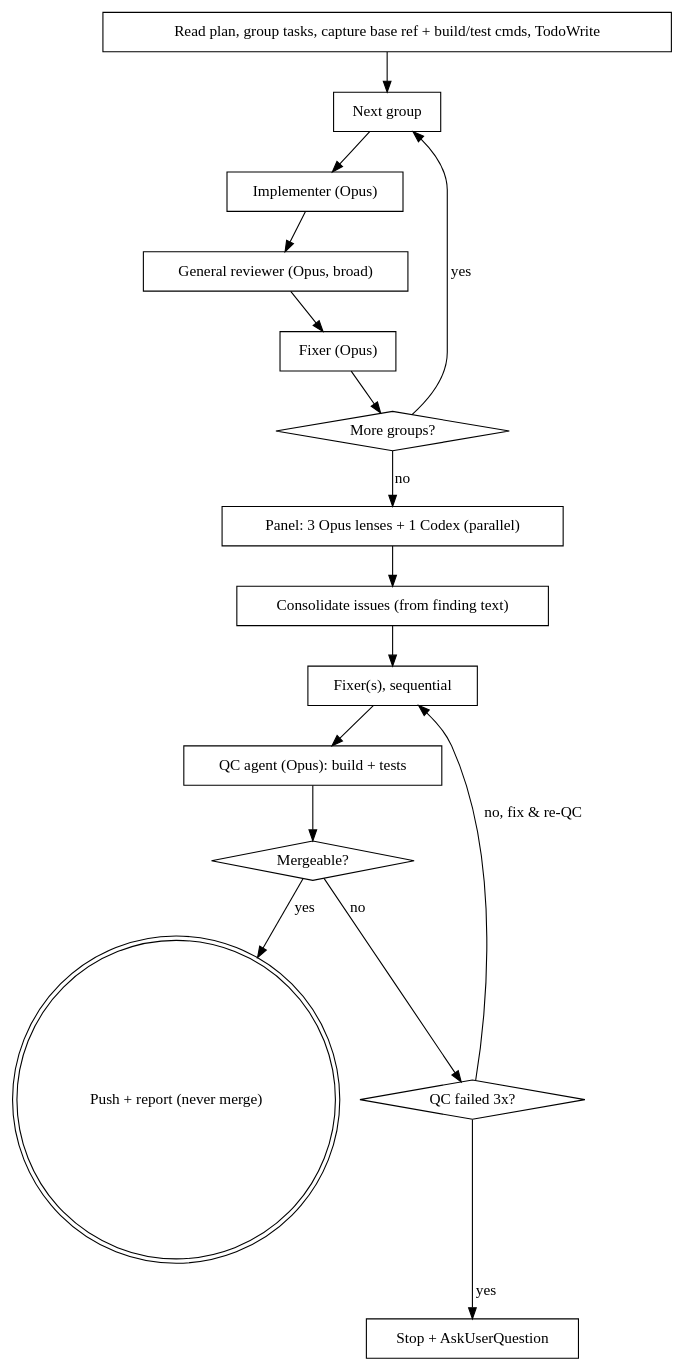
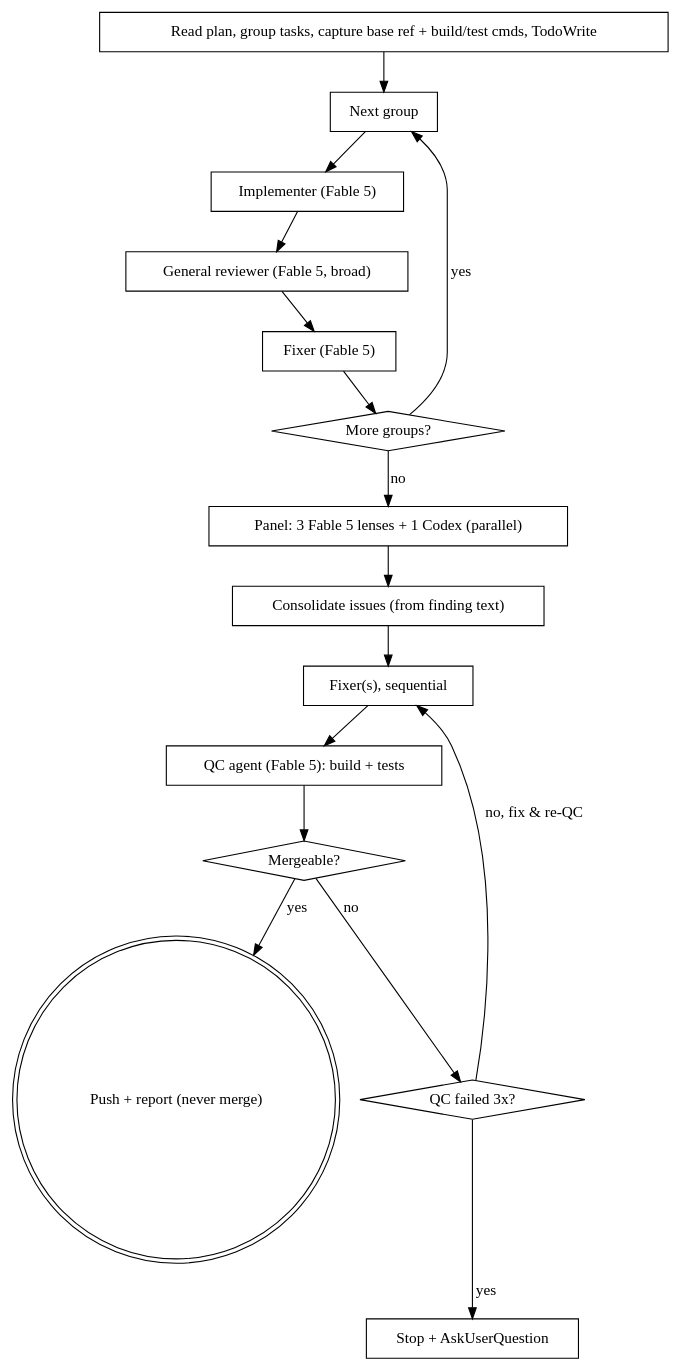
The diagram in skills/maestro/SKILL.md (PythonShe/Repertoire), drawn with Graphviz before and after one commit. The commit also changed other lines of this file and 38 other files, not shown here.

````diff
--- a/skills/maestro/SKILL.md
+++ b/skills/maestro/SKILL.md
@@ -52,29 +52,29 @@
 ```dot
 digraph maestro {
     rankdir=TB;
     "Read plan, group tasks, capture base ref + build/test cmds, TodoWrite" [shape=box];
     "Next group" [shape=box];
-    "Implementer (Opus)" [shape=box];
-    "General reviewer (Opus, broad)" [shape=box];
-    "Fixer (Opus)" [shape=box];
+    "Implementer (Fable 5)" [shape=box];
+    "General reviewer (Fable 5, broad)" [shape=box];
+    "Fixer (Fable 5)" [shape=box];
     "More groups?" [shape=diamond];
-    "Panel: 3 Opus lenses + 1 Codex (parallel)" [shape=box];
+    "Panel: 3 Fable 5 lenses + 1 Codex (parallel)" [shape=box];
     "Consolidate issues (from finding text)" [shape=box];
     "Fixer(s), sequential" [shape=box];
-    "QC agent (Opus): build + tests" [shape=box];
+    "QC agent (Fable 5): build + tests" [shape=box];
     "Mergeable?" [shape=diamond];
     "QC failed 3x?" [shape=diamond];
     "Push + report (never merge)" [shape=doublecircle];
     "Stop + AskUserQuestion" [shape=box];
 
     "Read plan, group tasks, capture base ref + build/test cmds, TodoWrite" -> "Next group";
-    "Next group" -> "Implementer (Opus)" -> "General reviewer (Opus, broad)" -> "Fixer (Opus)" -> "More groups?";
+    "Next group" -> "Implementer (Fable 5)" -> "General reviewer (Fable 5, broad)" -> "Fixer (Fable 5)" -> "More groups?";
     "More groups?" -> "Next group" [label="yes"];
-    "More groups?" -> "Panel: 3 Opus lenses + 1 Codex (parallel)" [label="no"];
-    "Panel: 3 Opus lenses + 1 Codex (parallel)" -> "Consolidate issues (from finding text)" -> "Fixer(s), sequential" -> "QC agent (Opus): build + tests" -> "Mergeable?";
+    "More groups?" -> "Panel: 3 Fable 5 lenses + 1 Codex (parallel)" [label="no"];
+    "Panel: 3 Fable 5 lenses + 1 Codex (parallel)" -> "Consolidate issues (from finding text)" -> "Fixer(s), sequential" -> "QC agent (Fable 5): build + tests" -> "Mergeable?";
     "Mergeable?" -> "Push + report (never merge)" [label="yes"];
     "Mergeable?" -> "QC failed 3x?" [label="no"];
     "QC failed 3x?" -> "Stop + AskUserQuestion" [label="yes"];
     "QC failed 3x?" -> "Fixer(s), sequential" [label="no, fix & re-QC"];
 }
 ```
````
